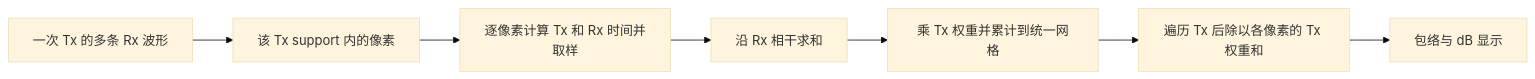
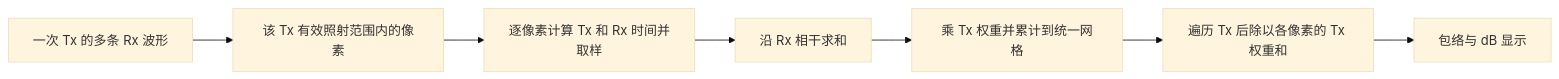
The second of 2 diagrams in chapters/01_DAS_Real_UFF/README.md (ajairDD/Ultrasound_Beamforming_Learning), drawn with Mermaid (base theme) before and after one commit. The commit also changed 165 other files, not shown here.

```diff
--- a/chapters/01_DAS_Real_UFF/README.md
+++ b/chapters/01_DAS_Real_UFF/README.md
@@ -187,9 +187,9 @@
 ~~~mermaid
 flowchart LR
-    A[一次 Tx 的多条 Rx 波形] --> B[该 Tx support 内的像素]
+    A[一次 Tx 的多条 Rx 波形] --> B[该 Tx 有效照射范围内的像素]
     B --> C[逐像素计算 Tx 和 Rx 时间并取样]
     C --> D[沿 Rx 相干求和]
     D --> E[乘 Tx 权重并累计到统一网格]
     E --> F[遍历 Tx 后除以各像素的 Tx 权重和]
     F --> G[包络与 dB 显示]
 ~~~
```
